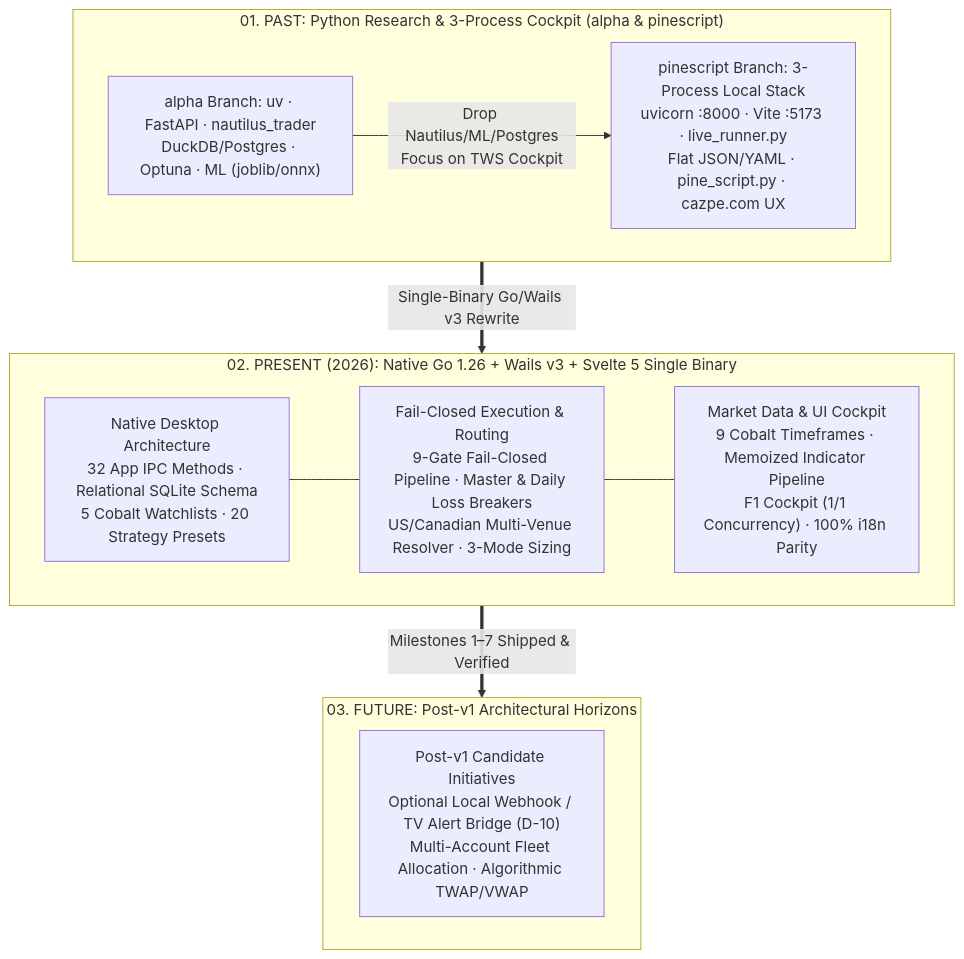
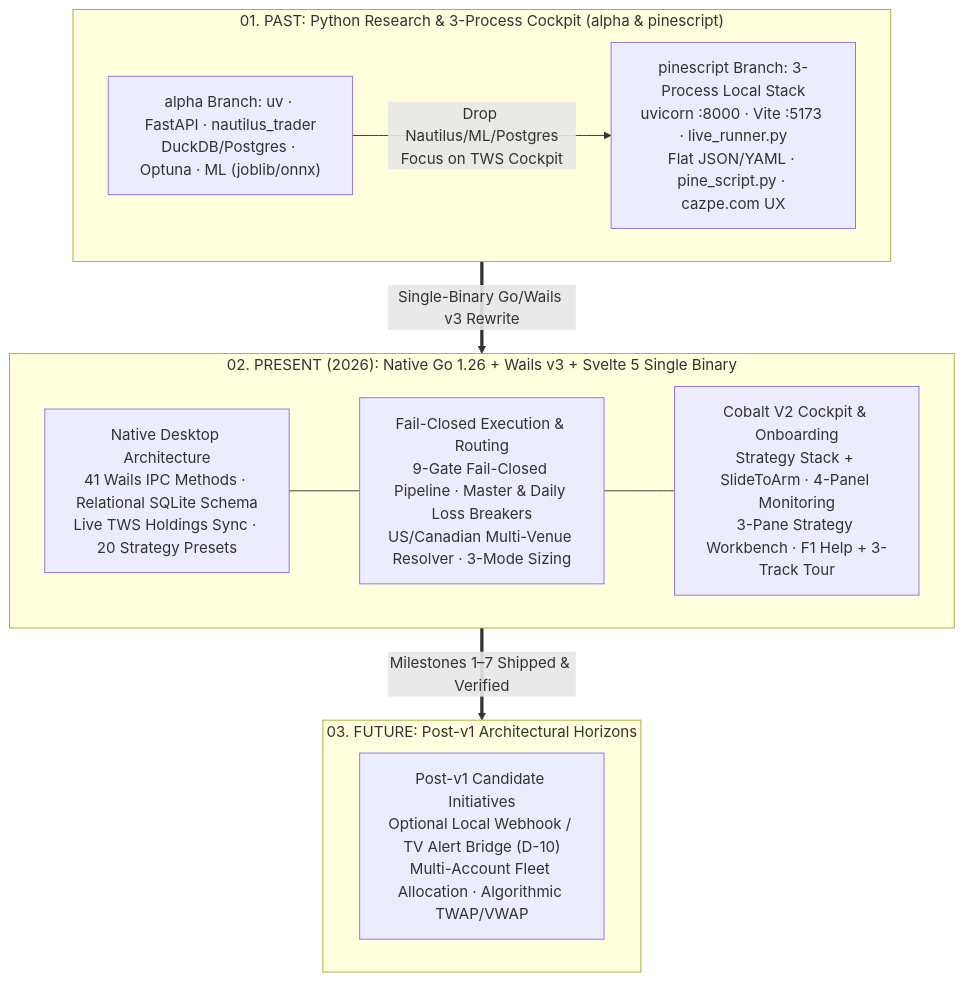
One commit to Boostao/tws_tradingbot changed the diagram in okf/00_index.md. Above: the diagram before and after it, drawn with Mermaid. The commit also changed other lines of this file and 541 other files, not shown here.

Commit message:
feat: complete Cobalt V2 cockpit, live TWS telemetry, brand system, workbench, and onboarding

````diff
--- a/okf/00_index.md
+++ b/okf/00_index.md
@@ -28,22 +28,22 @@
 ```mermaid
 flowchart TB
     subgraph Past["01. PAST: Python Research & 3-Process Cockpit (alpha & pinescript)"]
         P1["alpha Branch: uv · FastAPI · nautilus_trader<br/>DuckDB/Postgres · Optuna · ML (joblib/onnx)"]
         P2["pinescript Branch: 3-Process Local Stack<br/>uvicorn :8000 · Vite :5173 · live_runner.py<br/>Flat JSON/YAML · pine_script.py · cazpe.com UX"]
         P1 -->|"Drop Nautilus/ML/Postgres<br/>Focus on TWS Cockpit"| P2
     end
 
     subgraph Present["02. PRESENT (2026): Native Go 1.26 + Wails v3 + Svelte 5 Single Binary"]
-        C1["Native Desktop Architecture<br/>32 App IPC Methods · Relational SQLite Schema<br/>5 Cobalt Watchlists · 20 Strategy Presets"]
+        C1["Native Desktop Architecture<br/>41 Wails IPC Methods · Relational SQLite Schema<br/>Live TWS Holdings Sync · 20 Strategy Presets"]
         C2["Fail-Closed Execution & Routing<br/>9-Gate Fail-Closed Pipeline · Master & Daily Loss Breakers<br/>US/Canadian Multi-Venue Resolver · 3-Mode Sizing"]
-        C3["Market Data & UI Cockpit<br/>9 Cobalt Timeframes · Memoized Indicator Pipeline<br/>F1 Cockpit (1/1 Concurrency) · 100% i18n Parity"]
+        C3["Cobalt V2 Cockpit & Onboarding<br/>Strategy Stack + SlideToArm · 4-Panel Monitoring<br/>3-Pane Strategy Workbench · F1 Help + 3-Track Tour"]
         C1 --- C2 --- C3
     end
 
     subgraph Future["03. FUTURE: Post-v1 Architectural Horizons"]
         F1["Post-v1 Candidate Initiatives<br/>Optional Local Webhook / TV Alert Bridge (D-10)<br/>Multi-Account Fleet Allocation · Algorithmic TWAP/VWAP"]
     end
 
     Past ==>|"Single-Binary Go/Wails v3 Rewrite"| Present
     Present ==>|"Milestones 1–7 Shipped & Verified"| Future
 ```
````
